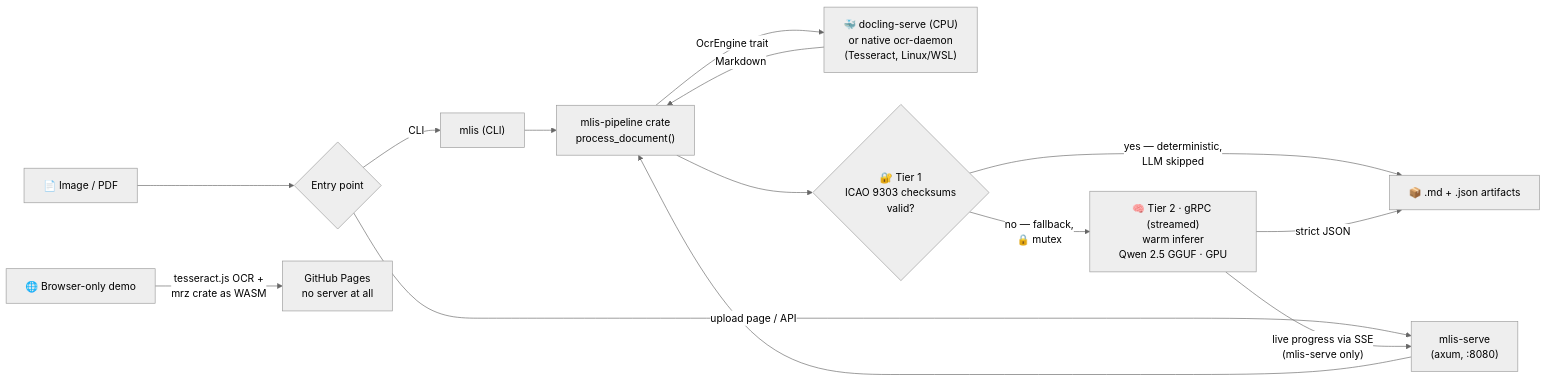
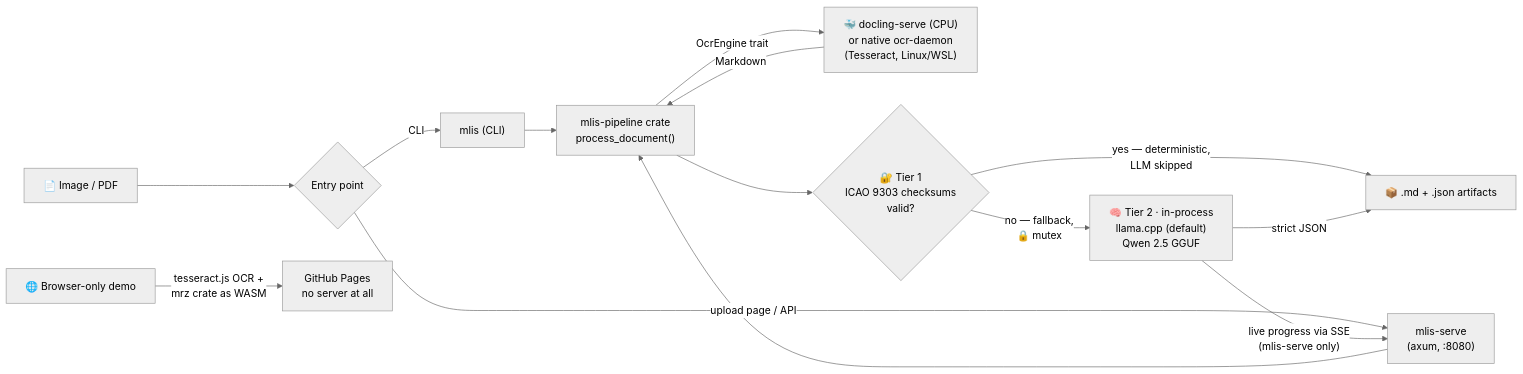
Before and after one commit to ruledicaprio/SynthPass: the diagram in README.md, drawn with Mermaid (neutral theme). The commit also changed other lines of this file and 19 other files, not shown here.

First line of the commit message:
v0.6.0: native Tier-2 LLM inference (llama.cpp in-process)

````diff
--- a/README.md
+++ b/README.md
@@ -28,17 +28,17 @@
 ```mermaid
 flowchart LR
     A[📄 Image / PDF] --> B{Entry point}
     B -->|CLI| C["mlis (CLI)"]
     B -->|upload page / API| D["mlis-serve<br/>(axum, :8080)"]
     C --> E["mlis-pipeline crate<br/>process_document()"]
     D --> E
     E -->|"OcrEngine trait"| F["🐳 docling-serve (CPU)<br/>or native ocr-daemon<br/>(Tesseract, Linux/WSL)"]
     F -->|Markdown| E
     E --> T{"🔐 Tier 1<br/>ICAO 9303 checksums<br/>valid?"}
     T -->|"yes — deterministic,<br/>LLM skipped"| H[📦 .md + .json artifacts]
-    T -->|"no — fallback,<br/>🔒 mutex"| G["🧠 Tier 2 · gRPC (streamed)<br/>warm inferer<br/>Qwen 2.5 GGUF · GPU"]
+    T -->|"no — fallback,<br/>🔒 mutex"| G["🧠 Tier 2 · in-process<br/>llama.cpp (default)<br/>Qwen 2.5 GGUF"]
     G -->|"live progress via SSE<br/>(mlis-serve only)"| D
     G -->|strict JSON| H
 
     A2[🌐 Browser-only demo] -->|"tesseract.js OCR +<br/>mrz crate as WASM"| W["GitHub Pages<br/>no server at all"]
 ```
````
